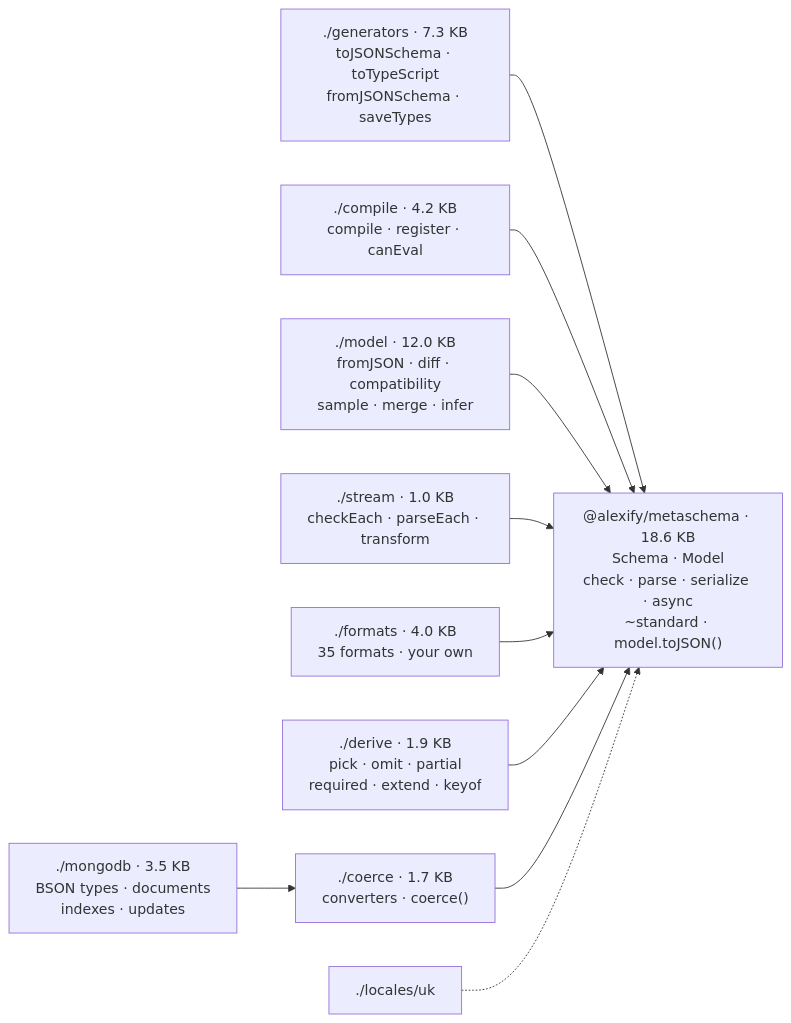
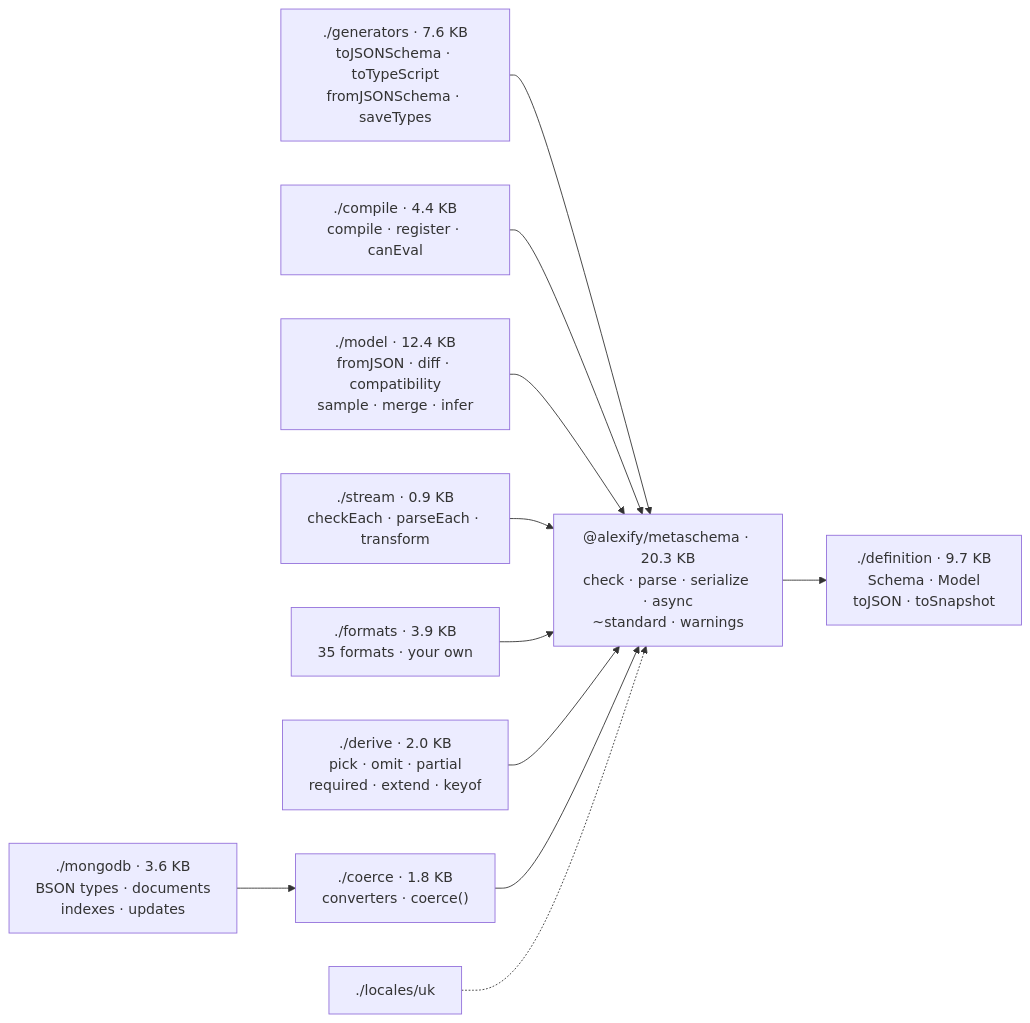
The second of 10 diagrams in docs/guide/architecture.md (Alexis-Technologies/metaschema), drawn with Mermaid before and after one commit. The commit also changed other lines of this file and 29 other files, not shown here.

First line of the commit message:
docs: 3.4: the definition entry, snapshots of one schema, bytes, flags, decimals

````diff
--- a/docs/guide/architecture.md
+++ b/docs/guide/architecture.md
@@ -38,13 +42,14 @@
 ```mermaid
 flowchart LR
-    GEN["./generators · 7.3 KB<br/>toJSONSchema · toTypeScript<br/>fromJSONSchema · saveTypes"] --> CORE
-    COMP["./compile · 4.2 KB<br/>compile · register · canEval"] --> CORE
-    MOD["./model · 12.0 KB<br/>fromJSON · diff · compatibility<br/>sample · merge · infer"] --> CORE
-    STR["./stream · 1.0 KB<br/>checkEach · parseEach · transform"] --> CORE
-    FMT["./formats · 4.0 KB<br/>35 formats · your own"] --> CORE
-    DER["./derive · 1.9 KB<br/>pick · omit · partial<br/>required · extend · keyof"] --> CORE
-    COE["./coerce · 1.7 KB<br/>converters · coerce()"] --> CORE
-    MDB["./mongodb · 3.5 KB<br/>BSON types · documents<br/>indexes · updates"] --> COE
+    GEN["./generators · 7.6 KB<br/>toJSONSchema · toTypeScript<br/>fromJSONSchema · saveTypes"] --> CORE
+    COMP["./compile · 4.4 KB<br/>compile · register · canEval"] --> CORE
+    MOD["./model · 12.4 KB<br/>fromJSON · diff · compatibility<br/>sample · merge · infer"] --> CORE
+    STR["./stream · 0.9 KB<br/>checkEach · parseEach · transform"] --> CORE
+    FMT["./formats · 3.9 KB<br/>35 formats · your own"] --> CORE
+    DER["./derive · 2.0 KB<br/>pick · omit · partial<br/>required · extend · keyof"] --> CORE
+    COE["./coerce · 1.8 KB<br/>converters · coerce()"] --> CORE
+    MDB["./mongodb · 3.6 KB<br/>BSON types · documents<br/>indexes · updates"] --> COE
     LOC["./locales/uk"] -.-> CORE
-    CORE["@alexify/metaschema · 18.6 KB<br/>Schema · Model<br/>check · parse · serialize · async<br/>~standard · model.toJSON()"]
+    CORE["@alexify/metaschema · 20.3 KB<br/>check · parse · serialize · async<br/>~standard · warnings"] --> DEFN
+    DEFN["./definition · 9.7 KB<br/>Schema · Model<br/>toJSON · toSnapshot"]
 ```
````
